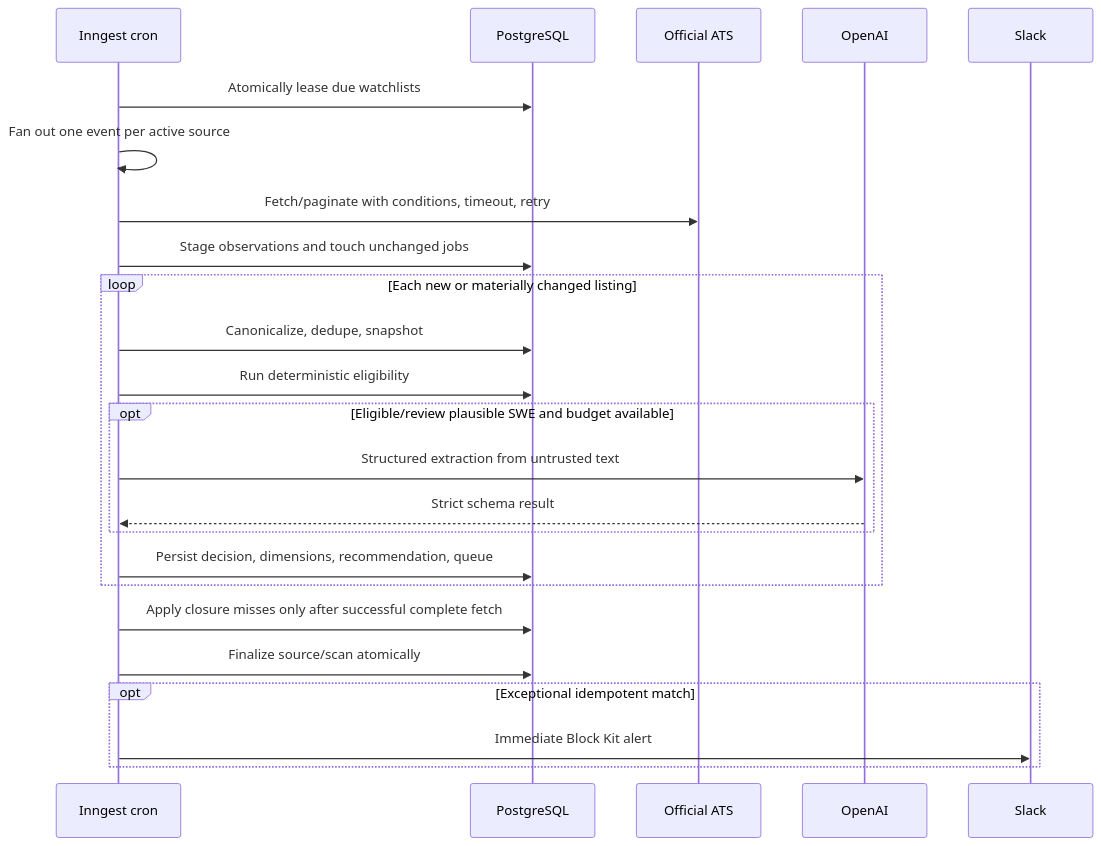
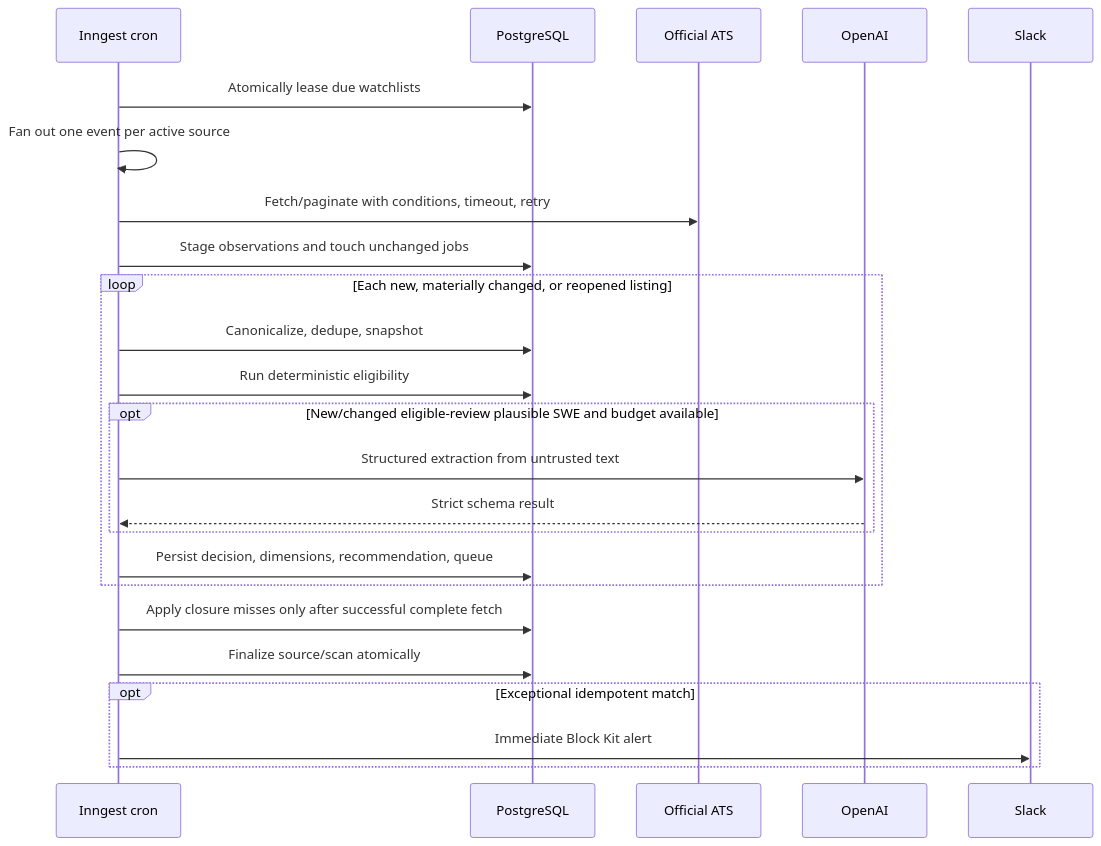
The second of 2 diagrams in docs/architecture.md (ilan0/firstseen-job-discovery), drawn with Mermaid before and after one commit. The commit also changed other lines of this file and 56 other files, not shown here.

````diff
--- a/docs/architecture.md
+++ b/docs/architecture.md
@@ -25,26 +25,26 @@
 ```mermaid
 sequenceDiagram
   participant C as Inngest cron
   participant DB as PostgreSQL
   participant ATS as Official ATS
   participant AI as OpenAI
   participant Slack as Slack
   C->>DB: Atomically lease due watchlists
   C->>C: Fan out one event per active source
   C->>ATS: Fetch/paginate with conditions, timeout, retry
   C->>DB: Stage observations and touch unchanged jobs
-  loop Each new or materially changed listing
+  loop Each new, materially changed, or reopened listing
     C->>DB: Canonicalize, dedupe, snapshot
     C->>DB: Run deterministic eligibility
-    opt Eligible/review plausible SWE and budget available
+    opt New/changed eligible-review plausible SWE and budget available
       C->>AI: Structured extraction from untrusted text
       AI-->>C: Strict schema result
     end
     C->>DB: Persist decision, dimensions, recommendation, queue
   end
   C->>DB: Apply closure misses only after successful complete fetch
   C->>DB: Finalize source/scan atomically
   opt Exceptional idempotent match
     C->>Slack: Immediate Block Kit alert
   end
 ```
````
